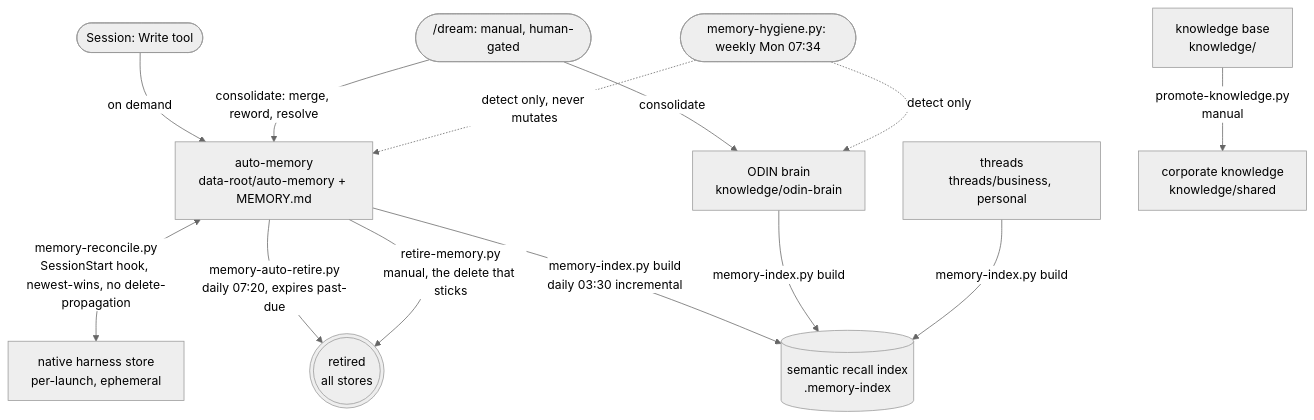
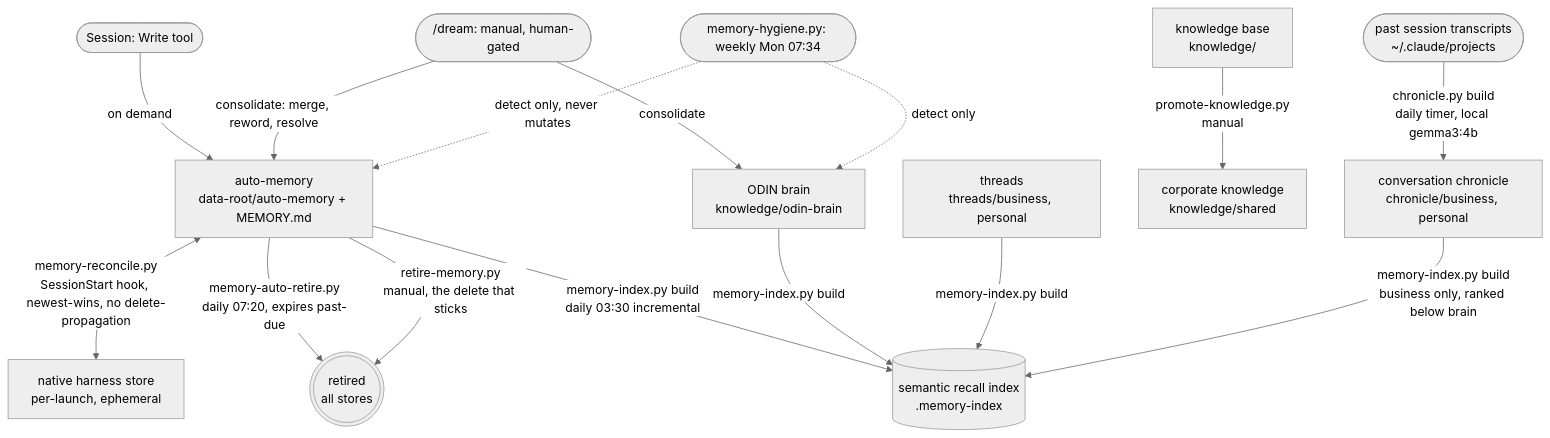
The diagram in docs/memory-lifecycle.md (mishahanin/heading-os), drawn with Mermaid (neutral theme) before and after one commit. The commit also changed other lines of this file and 11 other files, not shown here.

First line of the commit message:
feat(chronicle): Conversation Chronicle - dated per-session historical record

````diff
--- a/docs/memory-lifecycle.md
+++ b/docs/memory-lifecycle.md
@@ -11,20 +11,23 @@
 ```mermaid
 flowchart TD
     SESS([Session: Write tool]) -->|on demand| AM[auto-memory<br/>data-root/auto-memory + MEMORY.md]
     DREAM([/dream: manual, human-gated]) -->|consolidate: merge, reword, resolve| AM
     DREAM -->|consolidate| ODIN[ODIN brain<br/>knowledge/odin-brain]
 
     AM <-->|memory-reconcile.py<br/>SessionStart hook, newest-wins, no delete-propagation| NAT[native harness store<br/>per-launch, ephemeral]
 
     AM -->|memory-auto-retire.py<br/>daily 07:20, expires past-due| RET(((retired<br/>all stores)))
     AM -->|retire-memory.py<br/>manual, the delete that sticks| RET
 
     AM -->|memory-index.py build<br/>daily 03:30 incremental| IDX[(semantic recall index<br/>.memory-index)]
     ODIN -->|memory-index.py build| IDX
     THR[threads<br/>threads/business, personal] -->|memory-index.py build| IDX
 
     KB[knowledge base<br/>knowledge/] -->|promote-knowledge.py<br/>manual| COR[corporate knowledge<br/>knowledge/shared]
 
+    SESSJSONL([past session transcripts<br/>~/.claude/projects]) -->|chronicle.py build<br/>daily timer, local gemma3:4b| CHR[conversation chronicle<br/>chronicle/business, personal]
+    CHR -->|memory-index.py build<br/>business only, ranked below brain| IDX
+
     HYG([memory-hygiene.py: weekly Mon 07:34]) -.->|detect only, never mutates| AM
     HYG -.->|detect only| ODIN
 ```
````
